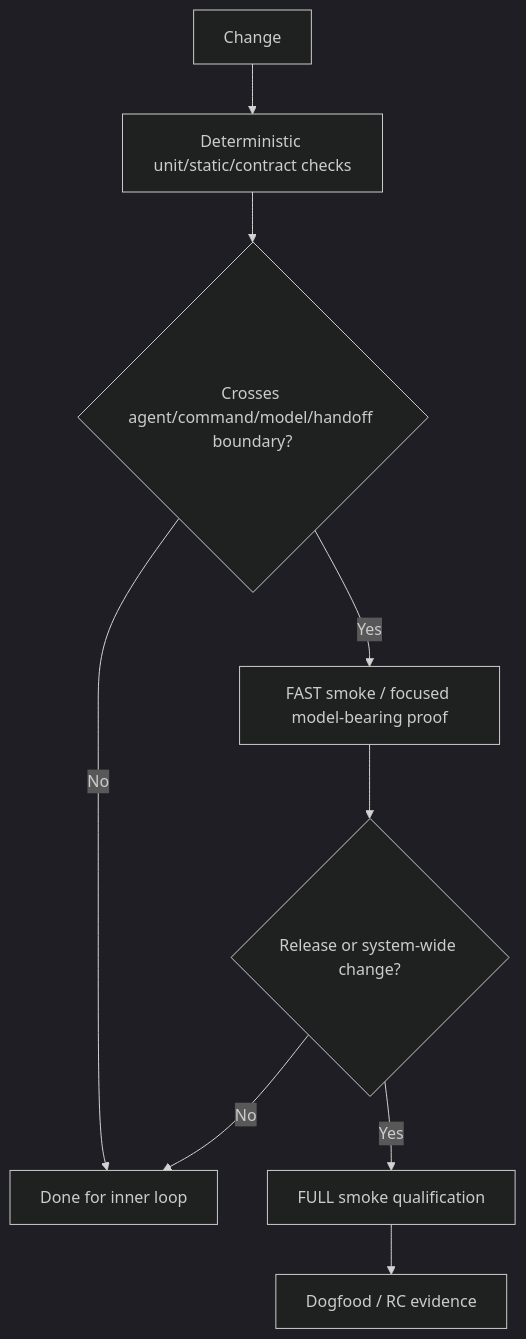
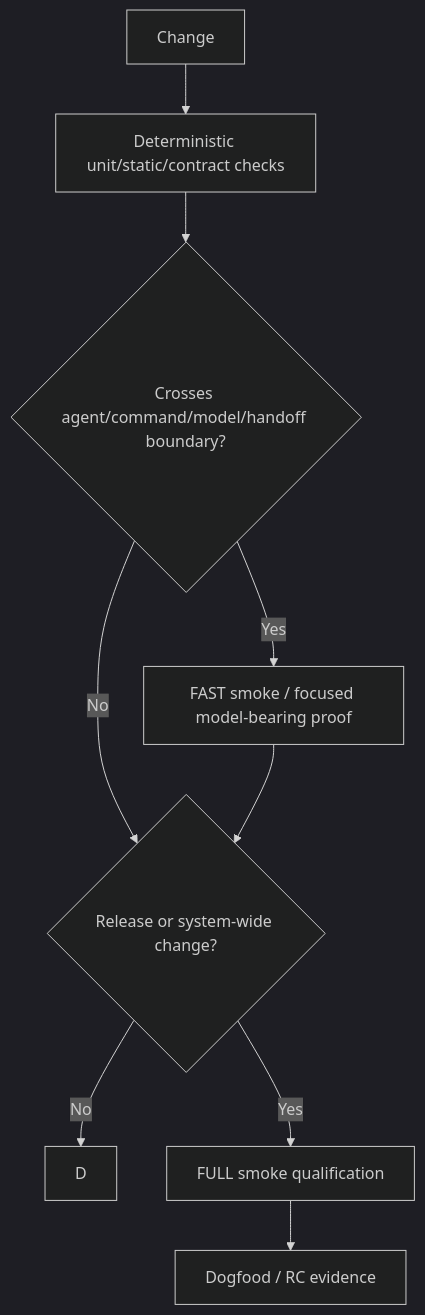
The diagram in design/qualification/SUBHFORGE-V0.2-QUALIFICATION.md (subhadlearner/SubhForge), drawn with Mermaid (dark theme) before and after one commit. The commit also changed other lines of this file and 3 other files, not shown here.

````diff
--- a/design/qualification/SUBHFORGE-V0.2-QUALIFICATION.md
+++ b/design/qualification/SUBHFORGE-V0.2-QUALIFICATION.md
@@ -25,11 +25,11 @@
 ```mermaid
 flowchart TD
     C[Change] --> L1[Deterministic unit/static/contract checks]
     L1 --> I{Crosses agent/command/model/handoff boundary?}
-    I -- No --> D[Done for inner loop]
+    I -- No --> S
     I -- Yes --> F[FAST smoke / focused model-bearing proof]
     F --> S{Release or system-wide change?}
     S -- No --> D
     S -- Yes --> FULL[FULL smoke qualification]
     FULL --> DOG[Dogfood / RC evidence]
 ```
````
